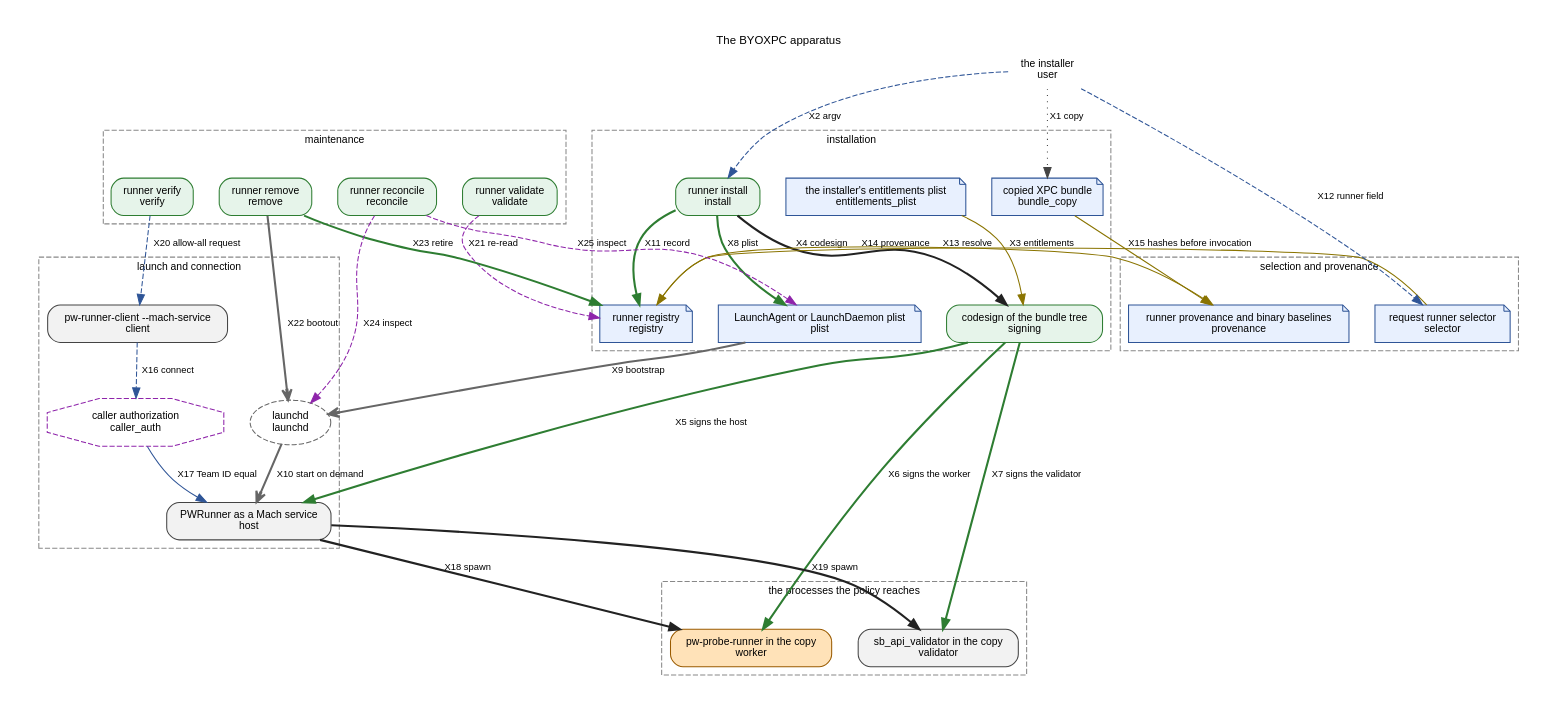
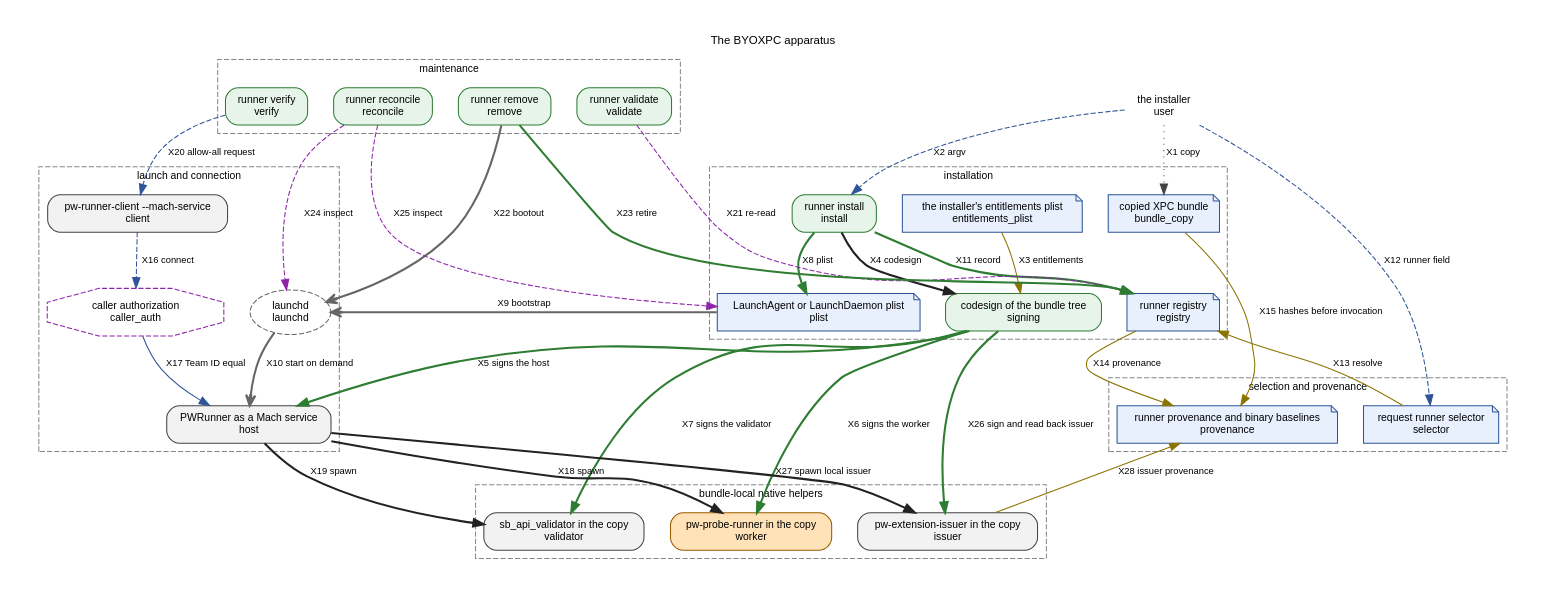
The diagram in docs/architecture-byoxpc.dot (Protonk/PolicyWitness), drawn with Graphviz before and after one commit. The commit also changed 28 other files, not shown here.

Commit message:
Document extension experiments and ground the generated architecture

```diff
--- a/docs/architecture-byoxpc.dot
+++ b/docs/architecture-byoxpc.dot
@@ -24,9 +24,10 @@
         provenance;
     }
     subgraph cluster_reached {
-        label="the processes the policy reaches"; style=dashed; color="#888888"; fontsize=10;
+        label="bundle-local native helpers"; style=dashed; color="#888888"; fontsize=10;
         worker;
         validator;
+        issuer;
     }
     subgraph cluster_maintenance {
         label="maintenance"; style=dashed; color="#888888"; fontsize=10;
@@ -39,7 +40,7 @@
     bundle_copy [shape="note", style="filled", fillcolor="#e8f0fe", color="#2f5597", label="copied XPC bundle\nbundle_copy", URL="ARCHITECTURE.md#the-byoxpc-apparatus-nodes", tooltip="bundle_copy: copied XPC bundle | the installer; the host, the worker and the validator, each with the build's signature until the installer re-signs them; CFBundleIdentifier is the service name "];
     entitlements_plist [shape="note", style="filled", fillcolor="#e8f0fe", color="#2f5597", label="the installer's entitlements plist\nentitlements_plist", URL="ARCHITECTURE.md#the-byoxpc-apparatus-nodes", tooltip="entitlements_plist: the installer's entitlements plist | the installer; the host executable and the embedded worker, the process the policy is applied to "];
     install [shape="box", style="rounded,filled", fillcolor="#e6f4ea", color="#2e7d32", label="runner install\ninstall", URL="ARCHITECTURE.md#the-byoxpc-apparatus-nodes", tooltip="install: runner install | signs the worker, the validator and then the bundle, verifies the seal recursively, writes the launchd plist, bootstraps, records the runner with every binary's read-back; with --env, adds EnvironmentVariables "];
-    signing [shape="box", style="rounded,filled", fillcolor="#e6f4ea", color="#2e7d32", label="codesign of the bundle tree\nsigning", URL="ARCHITECTURE.md#the-byoxpc-apparatus-nodes", tooltip="signing: codesign of the bundle tree | the embedded worker with the identity and the supplied entitlements, the validator with the identity alone, then the enclosing bundle with the identity and the entitlements; the sealed bundle recursively (--deep --strict) before anything is recorded "];
+    signing [shape="box", style="rounded,filled", fillcolor="#e6f4ea", color="#2e7d32", label="codesign of the bundle tree\nsigning", URL="ARCHITECTURE.md#the-byoxpc-apparatus-nodes", tooltip="signing: codesign of the bundle tree | the embedded worker with the identity and the supplied entitlements, the validator and issuer with the identity alone, then the enclosing bundle with the identity and the entitlements; the sealed bundle recursively (--deep --strict) before anything is recorded "];
     plist [shape="note", style="filled", fillcolor="#e8f0fe", color="#2f5597", label="LaunchAgent or LaunchDaemon plist\nplist", URL="ARCHITECTURE.md#the-byoxpc-apparatus-nodes", tooltip="plist: LaunchAgent or LaunchDaemon plist | MachServices, RunAtLoad, ProgramArguments with --mach-service, EnvironmentVariables from --env, ThrottleInterval of 1 second; the user's LaunchAgents or /Library/LaunchDaemons "];
     registry [shape="note", style="filled", fillcolor="#e8f0fe", color="#2f5597", label="runner registry\nregistry", URL="ARCHITECTURE.md#the-byoxpc-apparatus-nodes", tooltip="registry: runner registry | pending, installed, pending_cleanup; service name, scope, bundle path, and the host's, the worker's and the validator's signatures and entitlements as read back separately, each entitlement set with its keys and the keys granted (value true) "];
     launchd [shape="ellipse", style="dashed", color="#666666", label="launchd\nlaunchd", URL="ARCHITECTURE.md#the-byoxpc-apparatus-nodes", tooltip="launchd: launchd | the host on demand for its Mach service; one launch per ThrottleInterval, 1 second in the generated plist; launchd's own default applies without the key "];
@@ -47,13 +48,14 @@
     client [shape="box", style="rounded,filled", fillcolor="#f2f2f2", color="#444444", label="pw-runner-client --mach-service\nclient", URL="ARCHITECTURE.md#the-byoxpc-apparatus-nodes", tooltip="client: pw-runner-client --mach-service | NSXPCConnection(machServiceName:), with the privileged option for system scope "];
     caller_auth [shape="octagon", style="dashed", color="#8e24aa", label="caller authorization\ncaller_auth", URL="ARCHITECTURE.md#the-byoxpc-apparatus-nodes", tooltip="caller_auth: caller authorization | the caller's Team ID equals the host's; an optional identifier allowlist; PWRunnerRequireSignedCaller and PWRunnerAllowedIdentifiers in the host's Info.plist, inherited by a copy "];
     selector [shape="note", style="filled", fillcolor="#e8f0fe", color="#2f5597", label="request runner selector\nselector", URL="ARCHITECTURE.md#the-byoxpc-apparatus-nodes", tooltip="selector: request runner selector | the runner by id or service, with mode and required_entitlements; every required key present with the value true in the worker's recorded read-back; the host's entitlements are recorded, not consulted; a record without a worker read-back is refused with a reinstall message when anything is required; before XPC delivery "];
-    provenance [shape="note", style="filled", fillcolor="#e8f0fe", color="#2f5597", label="runner provenance and binary baselines\nprovenance", URL="ARCHITECTURE.md#the-byoxpc-apparatus-nodes", tooltip="provenance: runner provenance and binary baselines | runner kind, service name, registry id, and the host's, the worker's and the validator's signatures and entitlements; hashes of the bundle's service, worker and validator files as observed before invocation "];
+    provenance [shape="note", style="filled", fillcolor="#e8f0fe", color="#2f5597", label="runner provenance and binary baselines\nprovenance", URL="ARCHITECTURE.md#the-byoxpc-apparatus-nodes", tooltip="provenance: runner provenance and binary baselines | runner kind, service name, registry id and separate host/worker/validator/issuer signature and entitlement read-backs; selected binary hashes observed before invocation; missing older issuer observations remain unknown "];
     worker [shape="box", style="rounded,filled", fillcolor="#ffe2b8", color="#9a5b00", label="pw-probe-runner in the copy\nworker", URL="ARCHITECTURE.md#the-byoxpc-apparatus-nodes", tooltip="worker: pw-probe-runner in the copy | the installed identity and the supplied entitlements, signed before the bundle seal; the installed plist's entitlements; a require-entitlement rule consults this process "];
     validator [shape="box", style="rounded,filled", fillcolor="#f2f2f2", color="#444444", label="sb_api_validator in the copy\nvalidator", URL="ARCHITECTURE.md#the-byoxpc-apparatus-nodes", tooltip="validator: sb_api_validator in the copy | the installed identity alone, no entitlements "];
     verify [shape="box", style="rounded,filled", fillcolor="#e6f4ea", color="#2e7d32", label="runner verify\nverify", URL="ARCHITECTURE.md#the-byoxpc-apparatus-nodes", tooltip="verify: runner verify | sends a fixed allow-all request through the client and waits 5,000 milliseconds by default; the host it reaches: an immediately following request meets that host's terminal claim (already_ran) or waits for the generated plist's 1 second ThrottleInterval; a refusal executed nothing and the request can be sent again "];
     validate [shape="box", style="rounded,filled", fillcolor="#e6f4ea", color="#2e7d32", label="runner validate\nvalidate", URL="ARCHITECTURE.md#the-byoxpc-apparatus-nodes", tooltip="validate: runner validate | verifies each record's bundle recursively and the host, worker and validator individually, re-reads every signature and entitlement set, reports failures by record and binary; consults no launchctl "];
     remove [shape="box", style="rounded,filled", fillcolor="#e6f4ea", color="#2e7d32", label="runner remove\nremove", URL="ARCHITECTURE.md#the-byoxpc-apparatus-nodes", tooltip="remove: runner remove | moves ownership to pending_cleanup, boots the service out, removes the plist, retires the record after verified absence "];
     reconcile [shape="box", style="rounded,filled", fillcolor="#e6f4ea", color="#2e7d32", label="runner reconcile\nreconcile", URL="ARCHITECTURE.md#the-byoxpc-apparatus-nodes", tooltip="reconcile: runner reconcile | reports launchd services and plists that look owned, changing nothing "];
+    issuer [shape="box", style="rounded,filled", fillcolor="#f2f2f2", color="#444444", label="pw-extension-issuer in the copy\nissuer", URL="ARCHITECTURE.md#the-byoxpc-apparatus-nodes", tooltip="issuer: pw-extension-issuer in the copy | installed identity alone, no supplied worker entitlements; bundle-local ordinary-authority issuance before the worker "];
     user -> bundle_copy [style="dotted", color="#444444", label="X1 copy", URL="ARCHITECTURE.md#the-byoxpc-apparatus-edges", tooltip="X1: copies the shipped PWRunner.xpc |  "];
     user -> install [style="dashed", color="#2f5597", label="X2 argv", URL="ARCHITECTURE.md#the-byoxpc-apparatus-edges", tooltip="X2: runner install with --bundle, --identity, --entitlements, --scope and optional --env |  "];
     entitlements_plist -> signing [style="solid", color="#8a7400", label="X3 entitlements", URL="ARCHITECTURE.md#the-byoxpc-apparatus-edges", tooltip="X3: supplied entitlements |  "];
@@ -79,4 +81,7 @@
     remove -> registry [style="bold", color="#2e7d32", label="X23 retire", URL="ARCHITECTURE.md#the-byoxpc-apparatus-edges", tooltip="X23: pending_cleanup first; retired only after verified absence of service and plist |  "];
     reconcile -> launchd [style="dashed", color="#8e24aa", label="X24 inspect", URL="ARCHITECTURE.md#the-byoxpc-apparatus-edges", tooltip="X24: inspect_service lists candidate services without changes |  "];
     reconcile -> plist [style="dashed", color="#8e24aa", label="X25 inspect", URL="ARCHITECTURE.md#the-byoxpc-apparatus-edges", tooltip="X25: inspect_plist lists candidate plists without changes |  "];
+    signing -> issuer [style="bold", color="#2e7d32", label="X26 sign and read back issuer", URL="ARCHITECTURE.md#the-byoxpc-apparatus-edges", tooltip="X26: issuer receives identity alone; signature and entitlements read back independently |  "];
+    host -> issuer [style="bold", color="#222222", label="X27 spawn local issuer", URL="ARCHITECTURE.md#the-byoxpc-apparatus-edges", tooltip="X27: copy-local issuer path; named extension capability refusal if missing |  "];
+    issuer -> provenance [style="solid", color="#8a7400", label="X28 issuer provenance", URL="ARCHITECTURE.md#the-byoxpc-apparatus-edges", tooltip="X28: actual selected path and hash compared with shipped issuer baseline; separate installed read-backs |  "];
 }
```
